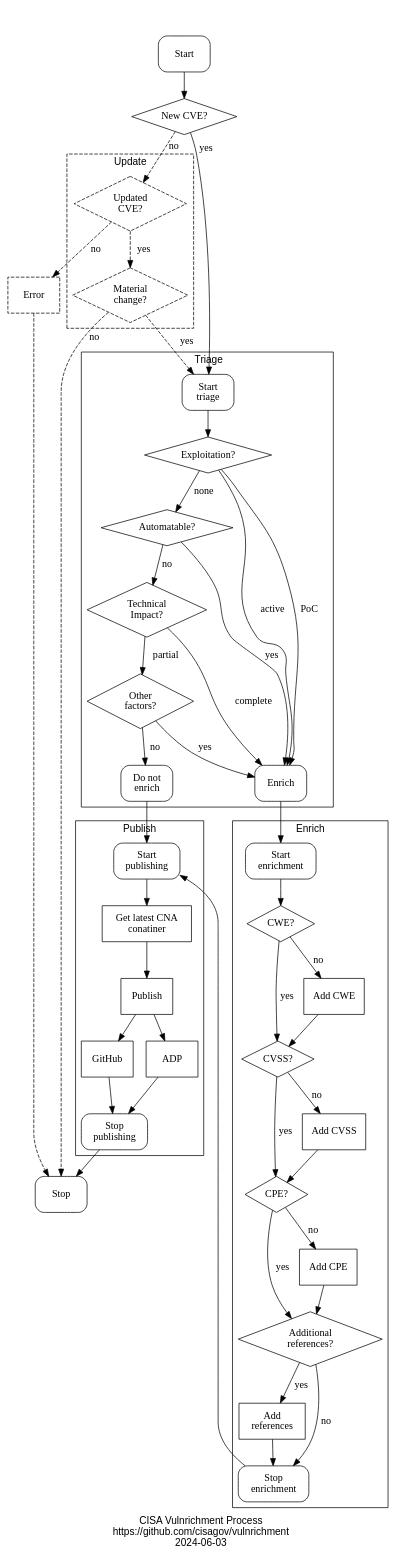
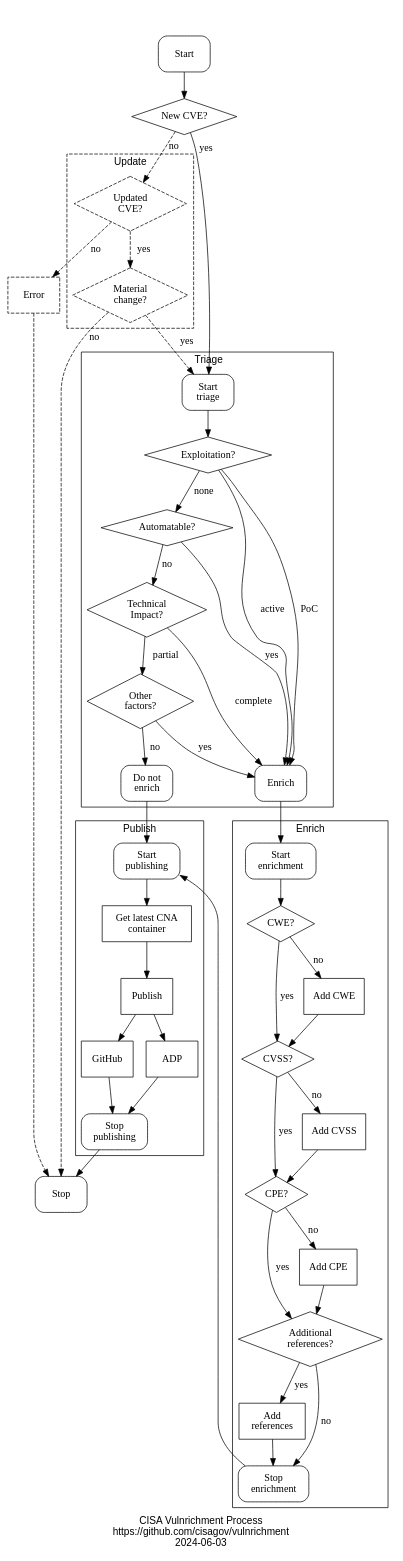
The diagram in assets/vulnrichment_big.dot (cisagov/vulnrichment), drawn with Graphviz before and after one commit.

Commit message:
fix typo in vulnrichment_big.dot

```diff
--- a/assets/vulnrichment_big.dot
+++ b/assets/vulnrichment_big.dot
@@ -1,112 +1,112 @@
 digraph vulnrichment {
 
 	label = "CISA Vulnrichment Process\nhttps://github.com/cisagov/vulnrichment\n2024-06-03"
 	layout="dot"
 	fontname="helvetica"
 	ordering="out"
 	#size="6.5,9";
 	#ratio="compress"
 	#concentrate="true"
 	node [width=1 height=0.7]
 
 	"start" [label="Start" shape="box" style="rounded"]
 	"stop" [label="Stop" shape="box" style="rounded"]
 	"new" [label="New CVE?" shape="diamond"]
 	"update" [label="Updated\n CVE?" shape="diamond" style="dashed"]
 	"redo" [label="Material\n change?" shape="diamond" style="dashed"]
 	"exploitation" [label="Exploitation?" shape="diamond"]
 	"technical_impact" [label="Technical\nImpact?" shape="diamond"]
 	"automatable" [label="Automatable?" shape="diamond"]
 	"cwe" [label="CWE?" shape="diamond"]
 	"cvss" [label="CVSS?" shape="diamond"]
 	"cpe" [label="CPE?" shape="diamond"]
 	"references" [label="Additional\nreferences?" shape="diamond"]
 	"do_cwe" [label="Add CWE" shape="box"]
 	"do_cvss" [label="Add CVSS" shape="box"]
 	"do_cpe" [label="Add CPE" shape="box"]
 	"do_references" [label="Add\nreferences" shape="box"]
 	"github" [label="GitHub" shape="box"]
 	"adp" [label="ADP" shape="box"]
 	"publish" [label="Publish" shape="box"]
-	"cna" [label="Get latest CNA\nconatiner" shape="box"]
+	"cna" [label="Get latest CNA\ncontainer" shape="box"]
 	"other" [label="Other\nfactors?" shape="diamond"]
 	"error" [label="Error" shape="box" style="dashed"]
 
 	redo -> stop [taillabel=" no" style="dashed" labelangle="19" labeldistance="4"]
 	update -> error [label=" no" style="dashed"]
 	error -> stop [style="dashed"]
 	publish_stop -> stop
 
 	subgraph cluster_new {
 		label = "New"
 		start -> new
 		#peripheries=0
 		style=invis
 	}
 
 	# add KEV
 
 	# add noinfo
 
 	subgraph cluster_triage {
 		label = "Triage\r"
 		"triage_start" [label="Start\ntriage" shape="box" style="rounded"]
 		"triage_enrich" [label="Enrich" shape="box" style="rounded"]
 		"triage_skip" [label="Do not\nenrich" shape="box" style="rounded"]
 		new -> triage_start [weight="" taillabel="yes" labelangle="26" labeldistance="3"]
 		triage_start -> exploitation [weight="10"]
 		exploitation -> automatable [label=" none"]
 		automatable -> technical_impact [label=" no"]
 		technical_impact -> triage_enrich [label="complete"]
 		exploitation -> triage_enrich [label="active"]
 		exploitation -> triage_enrich [label=" PoC"]
 		automatable -> triage_enrich [label=" yes"]
 		technical_impact -> other [label="  partial"]
 		other -> triage_skip [label="  no"]
 		other -> triage_enrich [label="  yes"]
 	}
 
 	subgraph cluster_update {
 		graph [style="dashed"]
 		label = "Update"
 		new -> update [taillabel="no" style="dashed" weight="" labelangle="26" labeldistance="2"]
 		update -> redo [label="  yes" style="dashed"]
 		#redo -> triage_start [taillabel=" yes" style="dashed" labelangle="30" labeldistance="2"]
 		redo -> triage_start [label="   yes" style="dashed"]
 	}
 
 	subgraph cluster_publish {
 		label = "Publish"
 		"publish_start" [label="Start\npublishing" shape="box" style="rounded"]
 		"publish_stop" [label="Stop\npublishing" shape="box" style="rounded"]
 		cna -> publish
 		publish -> github
 		publish -> adp
 		triage_skip -> publish_start [weight="10"]
 		publish_start -> cna
 		github -> publish_stop
 		adp -> publish_stop
 	}
 
 	subgraph cluster_enrich {
 		label = "Enrich"
 		"enrich_start" [label="Start\nenrichment" shape="box" style="rounded"]
 		"enrich_stop" [label="Stop\nenrichment" shape="box" style="rounded"]
 		triage_enrich -> enrich_start
 		enrich_start -> cwe
 		cwe -> cvss [label=" yes"]
 		cwe -> do_cwe [label=" no"]
 		do_cwe -> cvss
 		cvss -> cpe [label=" yes"]
 		cvss -> do_cvss [label=" no"]
 		do_cvss -> cpe
 		cpe -> references [label=" yes"]
 		cpe -> do_cpe [label=" no"]
 		do_cpe -> references
 		references -> do_references [label=" yes"]
 		references -> enrich_stop [label=" no"]
 		do_references -> enrich_stop
 		enrich_stop -> publish_start
 	}
 
 }
```
